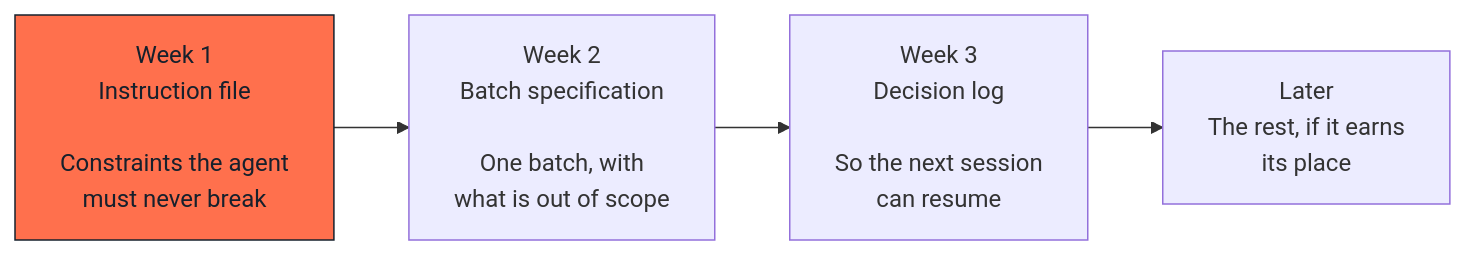
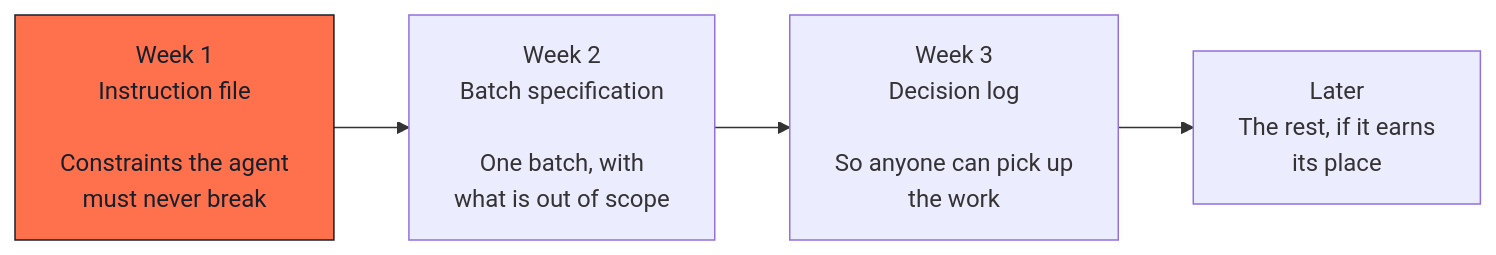
The diagram in docs/09-adopting.md (Pyro-IV/D2B-Design-to-Build), drawn with Mermaid before and after one commit. The commit also changed 6 other files, not shown here.

````diff
--- a/docs/09-adopting.md
+++ b/docs/09-adopting.md
@@ -14,11 +14,11 @@
 ```mermaid
 flowchart LR
     W1["Week 1<br/>Instruction file<br/><br/>Constraints the agent<br/>must never break"]
     W2["Week 2<br/>Batch specification<br/><br/>One batch, with<br/>what is out of scope"]
-    W3["Week 3<br/>Decision log<br/><br/>So the next session<br/>can resume"]
+    W3["Week 3<br/>Decision log<br/><br/>So anyone can pick up<br/>the work"]
     REST["Later<br/>The rest, if it earns<br/>its place"]
 
     W1 --> W2 --> W3 --> REST
 
     style W1 fill:#ff704d,stroke:#16202c,color:#16202c
 ```
````
